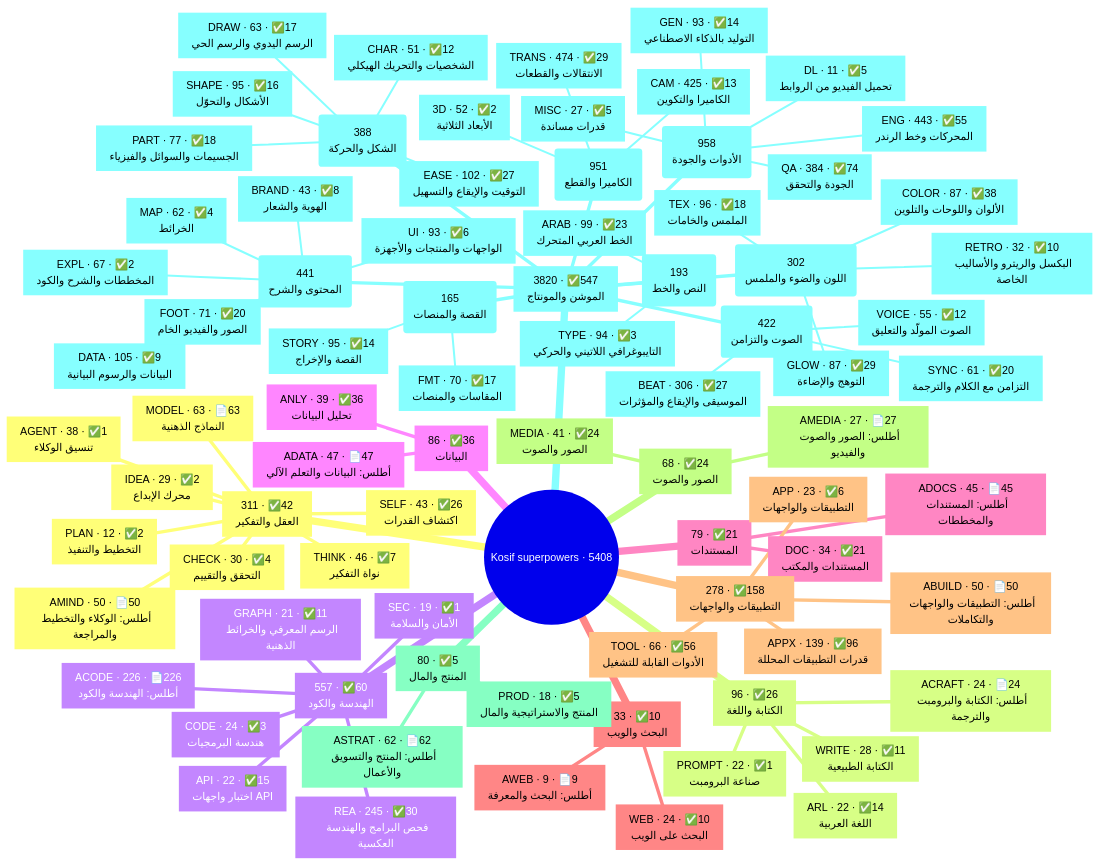
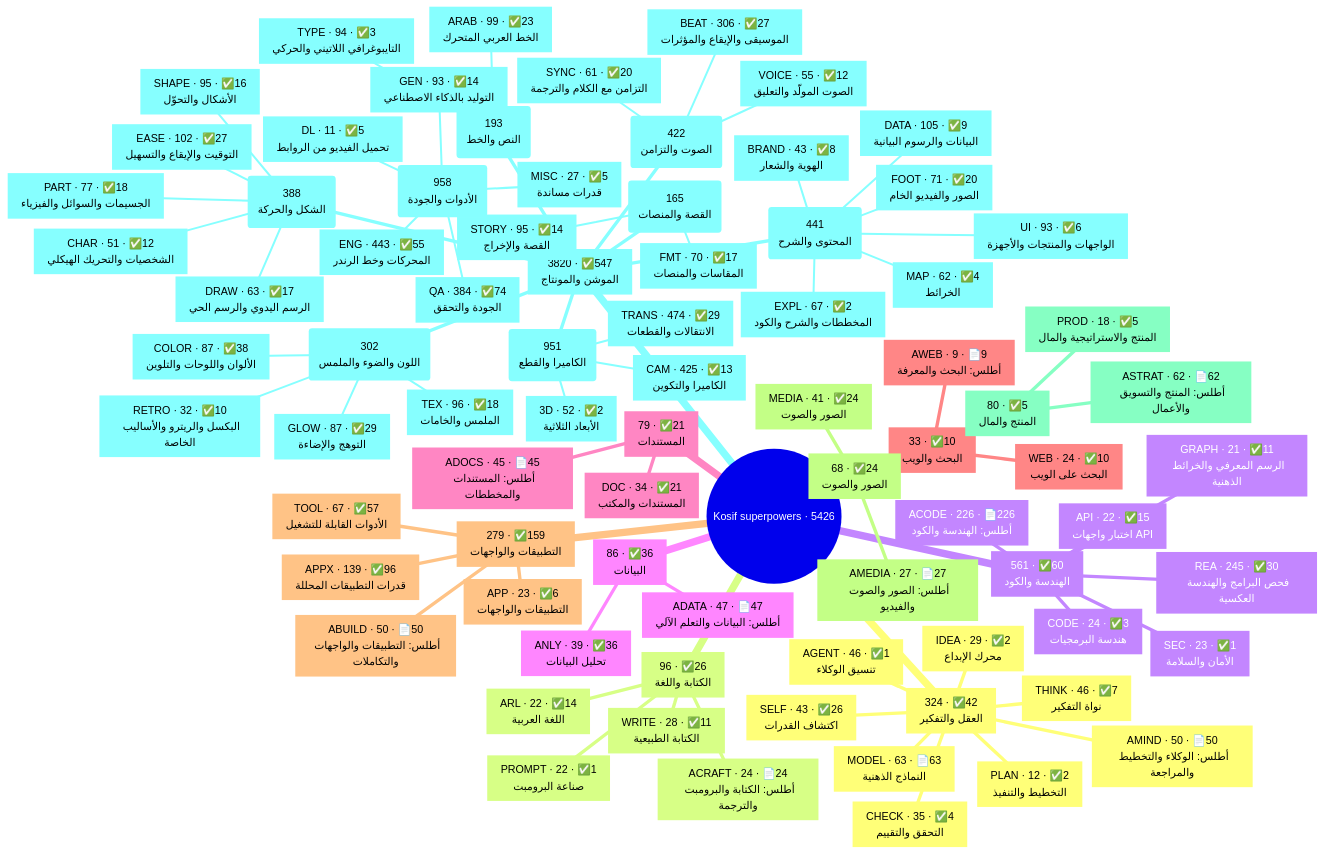
The first of 2 diagrams in .claude/skills/kosif-superpowers/references/capability-map.md (kosif199022-jpg/kosif-tool), drawn with Mermaid before and after one commit. The commit also changed other lines of this file and 41 other files, not shown here.

First line of the commit message:
Transfer openai/codex harness methods and the hidden-test method into kosif-superpowers

````diff
--- a/.claude/skills/kosif-superpowers/references/capability-map.md
+++ b/.claude/skills/kosif-superpowers/references/capability-map.md
@@ -18,19 +18,19 @@
 ```mermaid
 mindmap
-  root((Kosif superpowers · 5408))
-    n1["`311 · ✅42
+  root((Kosif superpowers · 5426))
+    n1["`324 · ✅42
 العقل والتفكير`"]
       n2["`MODEL · 63 · 📄63
 النماذج الذهنية`"]
       n3["`AMIND · 50 · 📄50
 أطلس: الوكلاء والتخطيط والمراجعة`"]
-      n4["`THINK · 46 · ✅7
+      n4["`AGENT · 46 · ✅1
+تنسيق الوكلاء`"]
+      n5["`THINK · 46 · ✅7
 نواة التفكير`"]
-      n5["`SELF · 43 · ✅26
+      n6["`SELF · 43 · ✅26
 اكتشاف القدرات`"]
-      n6["`AGENT · 38 · ✅1
-تنسيق الوكلاء`"]
-      n7["`CHECK · 30 · ✅4
+      n7["`CHECK · 35 · ✅4
 التحقق والتقييم`"]
       n8["`IDEA · 29 · ✅2
 محرك الإبداع`"]
@@ -46,7 +46,7 @@
 اللغة العربية`"]
       n14["`PROMPT · 22 · ✅1
 صناعة البرومبت`"]
-    n15["`557 · ✅60
+    n15["`561 · ✅60
 الهندسة والكود`"]
       n16["`REA · 245 · ✅30
 فحص البرامج والهندسة العكسية`"]
@@ -54,12 +54,12 @@
 أطلس: الهندسة والكود`"]
       n18["`CODE · 24 · ✅3
 هندسة البرمجيات`"]
-      n19["`API · 22 · ✅15
+      n19["`SEC · 23 · ✅1
+الأمان والسلامة`"]
+      n20["`API · 22 · ✅15
 اختبار واجهات API`"]
-      n20["`GRAPH · 21 · ✅11
+      n21["`GRAPH · 21 · ✅11
 الرسم المعرفي والخرائط الذهنية`"]
-      n21["`SEC · 19 · ✅1
-الأمان والسلامة`"]
     n22["`86 · ✅36
 البيانات`"]
       n23["`ADATA · 47 · 📄47
@@ -78,11 +78,11 @@
 البحث على الويب`"]
       n30["`AWEB · 9 · 📄9
 أطلس: البحث والمعرفة`"]
-    n31["`278 · ✅158
+    n31["`279 · ✅159
 التطبيقات والواجهات`"]
       n32["`APPX · 139 · ✅96
 قدرات التطبيقات المحللة`"]
-      n33["`TOOL · 66 · ✅56
+      n33["`TOOL · 67 · ✅57
 الأدوات القابلة للتشغيل`"]
       n34["`ABUILD · 50 · 📄50
 أطلس: التطبيقات والواجهات والتكاملات`"]
````
